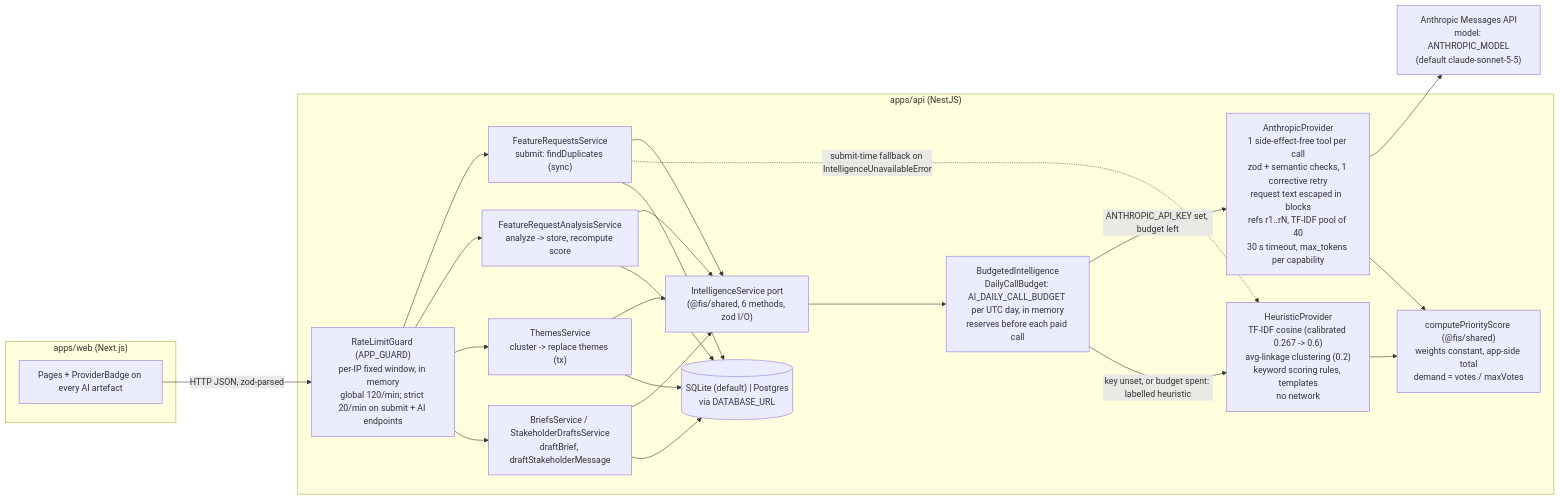
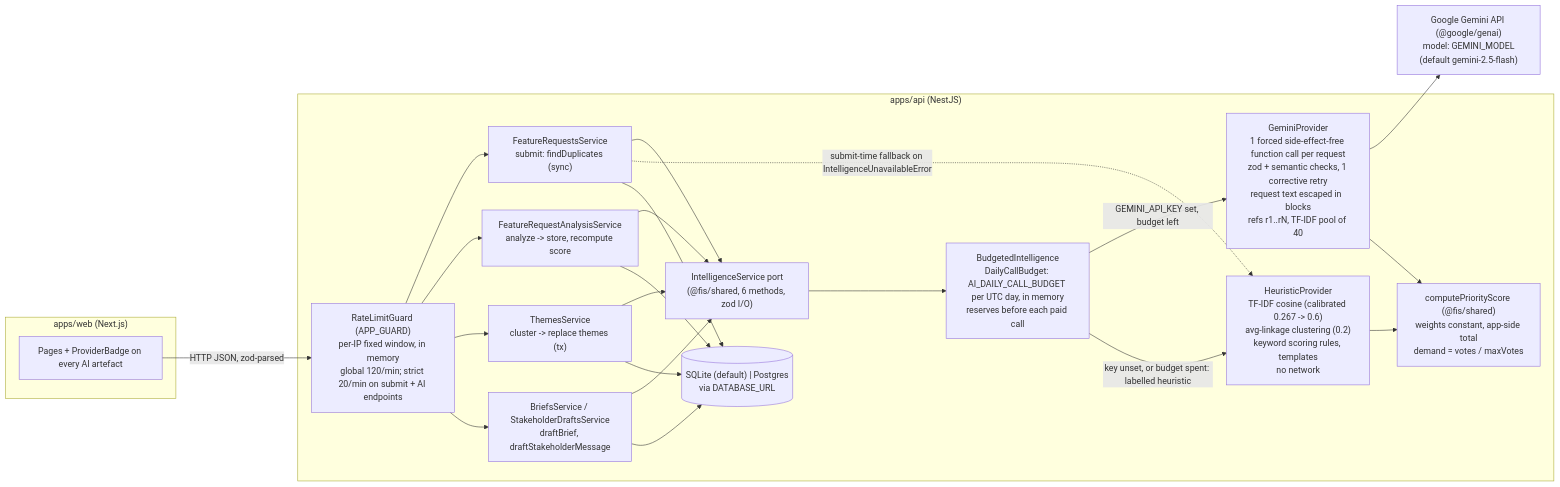
Before and after one commit to ricardofagmer/metacto: the second of 2 diagrams in README.md, drawn with Mermaid. The commit also changed other lines of this file and 55 other files, not shown here.

First line of the commit message:
feat(intelligence): replace Anthropic with Gemini Flash

````diff
--- a/README.md
+++ b/README.md
@@ -193,32 +193,32 @@
 ```mermaid
 flowchart LR
   subgraph web["apps/web (Next.js)"]
     UI["Pages + ProviderBadge on every AI artefact"]
   end
   subgraph api["apps/api (NestJS)"]
     RL["RateLimitGuard (APP_GUARD)\nper-IP fixed window, in memory\nglobal 120/min; strict 20/min on submit + AI endpoints"]
     FR["FeatureRequestsService\nsubmit: findDuplicates (sync)"]
     AN["FeatureRequestAnalysisService\nanalyze -> store, recompute score"]
     TH["ThemesService\ncluster -> replace themes (tx)"]
     BR["BriefsService / StakeholderDraftsService\ndraftBrief, draftStakeholderMessage"]
     PORT["IntelligenceService port\n(@fis/shared, 6 methods, zod I/O)"]
     BUDGET["BudgetedIntelligence\nDailyCallBudget: AI_DAILY_CALL_BUDGET per UTC day, in memory\nreserves before each paid call"]
-    ANTH["AnthropicProvider\n1 side-effect-free tool per call\nzod + semantic checks, 1 corrective retry\nrequest text escaped in <request> blocks\nrefs r1..rN, TF-IDF pool of 40\n30 s timeout, max_tokens per capability"]
+    GEM["GeminiProvider\n1 forced side-effect-free function call per request\nzod + semantic checks, 1 corrective retry\nrequest text escaped in <request> blocks\nrefs r1..rN, TF-IDF pool of 40"]
     HEUR["HeuristicProvider\nTF-IDF cosine (calibrated 0.267 -> 0.6)\navg-linkage clustering (0.2)\nkeyword scoring rules, templates\nno network"]
     SCORE["computePriorityScore (@fis/shared)\nweights constant, app-side total\ndemand = votes / maxVotes"]
     DB[("SQLite (default) | Postgres\nvia DATABASE_URL")]
   end
-  CLAUDE["Anthropic Messages API\nmodel: ANTHROPIC_MODEL\n(default claude-sonnet-5-5)"]
+  GEMAPI["Google Gemini API (@google/genai)\nmodel: GEMINI_MODEL\n(default gemini-2.5-flash)"]
 
   UI -->|HTTP JSON, zod-parsed| RL
   RL --> FR & AN & TH & BR
   FR & AN & TH & BR --> PORT
   PORT --> BUDGET
-  BUDGET -->|ANTHROPIC_API_KEY set, budget left| ANTH
+  BUDGET -->|GEMINI_API_KEY set, budget left| GEM
   BUDGET -->|key unset, or budget spent: labelled heuristic| HEUR
   FR -.->|submit-time fallback on IntelligenceUnavailableError| HEUR
-  ANTH --> CLAUDE
-  ANTH --> SCORE
+  GEM --> GEMAPI
+  GEM --> SCORE
   HEUR --> SCORE
   FR & AN & TH & BR --> DB
 ```
````
